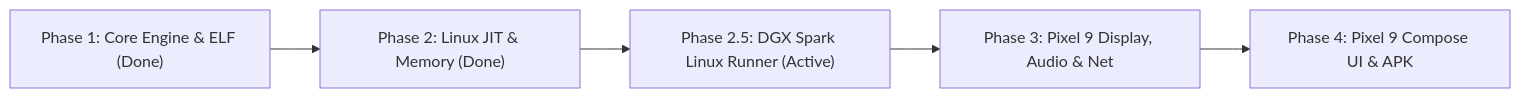
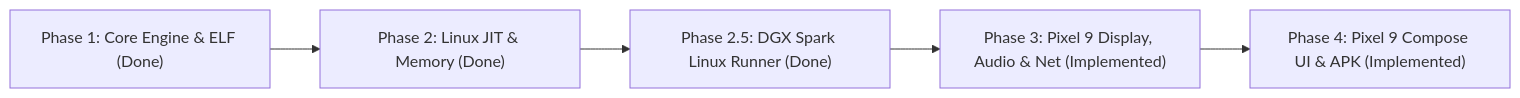
The second of 2 diagrams in docs/pixel_9_porting_plan.md (weidu-tpvision/WindowsPixel), drawn with Mermaid before and after one commit. The commit also changed 5 other files, not shown here.

````diff
--- a/docs/pixel_9_porting_plan.md
+++ b/docs/pixel_9_porting_plan.md
@@ -70,7 +70,7 @@
 ```mermaid
 flowchart LR
     P1["Phase 1: Core Engine & ELF (Done)"] --> P2["Phase 2: Linux JIT & Memory (Done)"]
-    P2 --> P2B["Phase 2.5: DGX Spark Linux Runner (Active)"]
-    P2B --> P3["Phase 3: Pixel 9 Display, Audio & Net"]
-    P3 --> P4["Phase 4: Pixel 9 Compose UI & APK"]
+    P2 --> P2B["Phase 2.5: DGX Spark Linux Runner (Done)"]
+    P2B --> P3["Phase 3: Pixel 9 Display, Audio & Net (Implemented)"]
+    P3 --> P4["Phase 4: Pixel 9 Compose UI & APK (Implemented)"]
 ```
````
